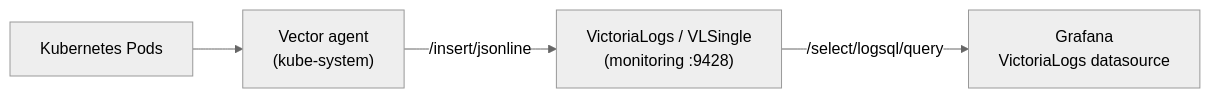
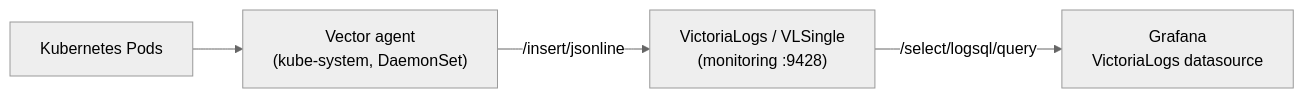
One commit to duynhlab/homelab changed the diagram in docs/runbooks/troubleshooting/victorialogs_kubernetes_logs_debug.md. Above: the diagram before and after it, drawn with Mermaid (neutral theme). The commit also changed other lines of this file and 243 other files, not shown here.

````diff
--- a/docs/runbooks/troubleshooting/victorialogs_kubernetes_logs_debug.md
+++ b/docs/runbooks/troubleshooting/victorialogs_kubernetes_logs_debug.md
@@ -8,6 +8,6 @@
 ```mermaid
 flowchart LR
-    Pods[Kubernetes Pods] --> Vector["Vector agent\n(kube-system)"]
-    Vector -->|/insert/jsonline| VLogs["VictoriaLogs / VLSingle\n(monitoring :9428)"]
-    VLogs -->|/select/logsql/query| Grafana["Grafana\nVictoriaLogs datasource"]
+    Pods[Kubernetes Pods] --> Vector["Vector agent<br/>(kube-system, DaemonSet)"]
+    Vector -->|/insert/jsonline| VLogs["VictoriaLogs / VLSingle<br/>(monitoring :9428)"]
+    VLogs -->|/select/logsql/query| Grafana["Grafana<br/>VictoriaLogs datasource"]
 ```
````
